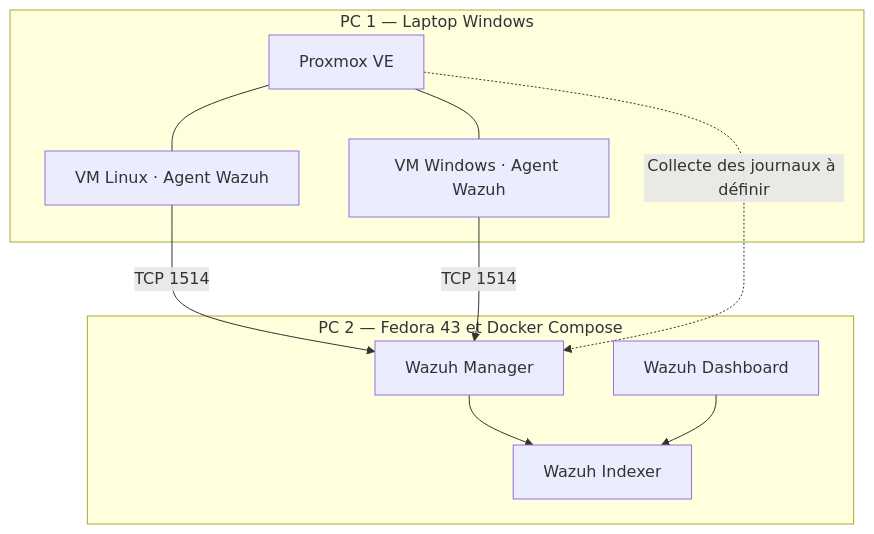
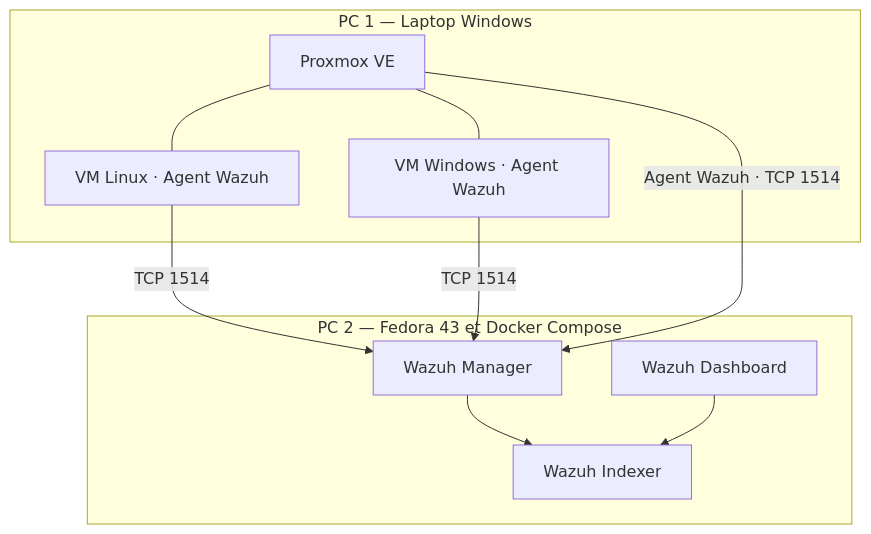
One commit to m-chemlal/Supervition_et_journalisation_infrastructure_virtualis-e changed the diagram in README.md. Above: the diagram before and after it, drawn with Mermaid. The commit also changed other lines of this file and 2 other files, not shown here.

````diff
--- a/README.md
+++ b/README.md
@@ -13,20 +13,20 @@
 ```mermaid
 flowchart TB
     subgraph PC1["PC 1 — Laptop Windows"]
         PVE["Proxmox VE"]
         LNX["VM Linux · Agent Wazuh"]
         WIN["VM Windows · Agent Wazuh"]
         PVE --- LNX
         PVE --- WIN
     end
     subgraph PC2["PC 2 — Fedora 43 et Docker Compose"]
         MGR["Wazuh Manager"]
         IDX["Wazuh Indexer"]
         UI["Wazuh Dashboard"]
         MGR --> IDX
         UI --> IDX
     end
     LNX -->|"TCP 1514"| MGR
     WIN -->|"TCP 1514"| MGR
-    PVE -.->|"Collecte des journaux à définir"| MGR
+    PVE -->|"Agent Wazuh · TCP 1514"| MGR
 ```
````
